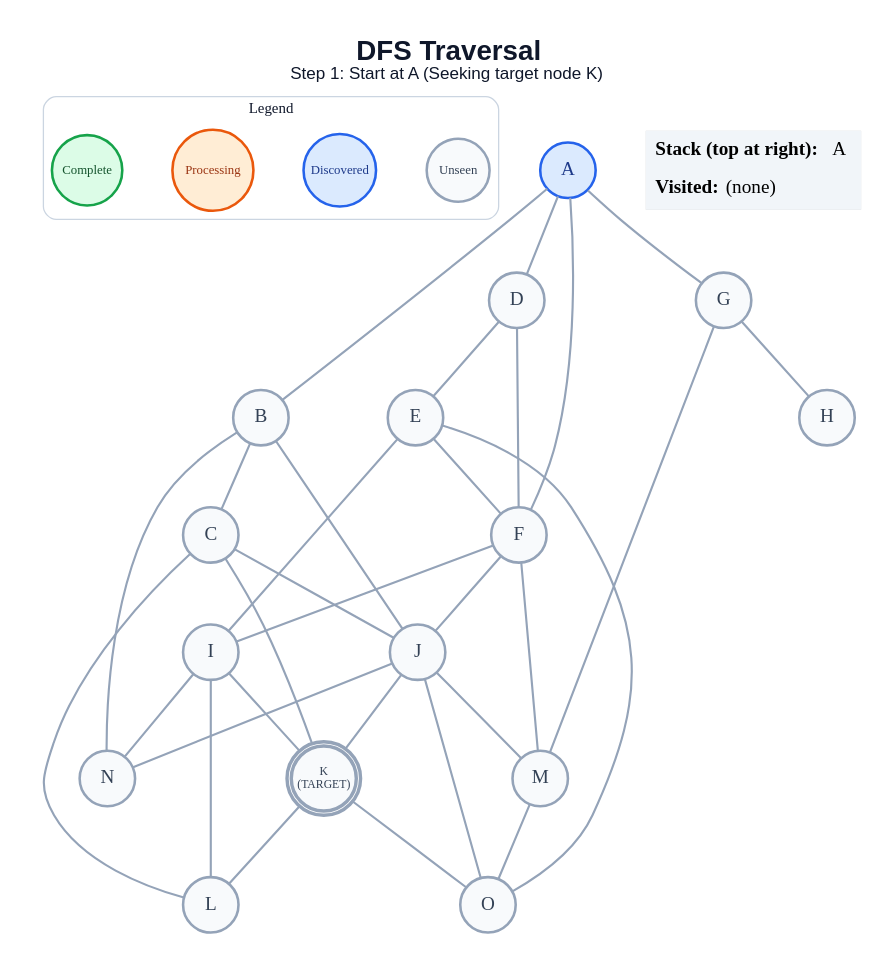
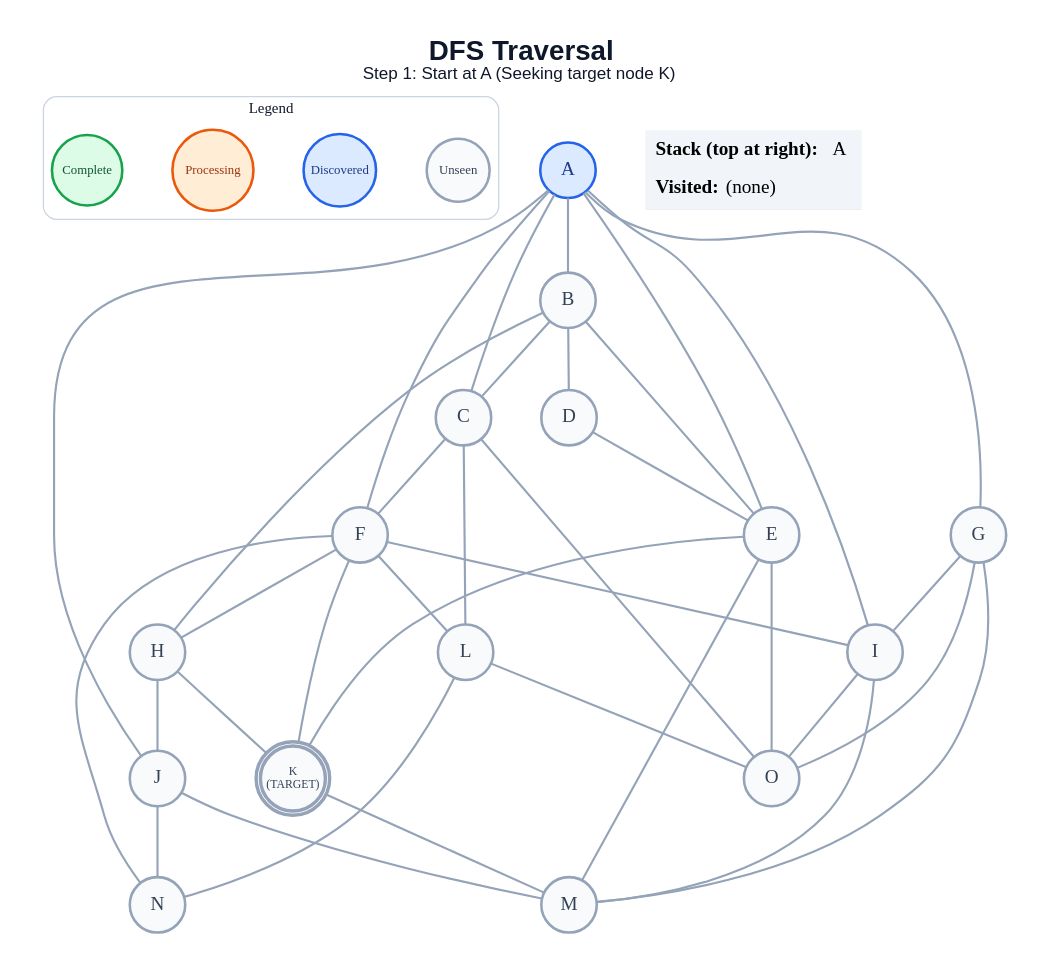
The diagram in generated/dfs/step_01.dot (anon7238593-create/ai-slop), drawn with Graphviz before and after one commit. The commit also changed 221 other files, not shown here.

```diff
--- a/generated/dfs/step_01.dot
+++ b/generated/dfs/step_01.dot
@@ -1,64 +1,69 @@
 graph traversal {
   graph [layout=dot, rankdir=TB, bgcolor="#FFFFFF", pad="0.35", nodesep="0.65", ranksep="0.8", fontname="Arial"];
   node [shape=circle, style="filled", fontname="Arial Bold", fontsize=18, width=0.72, fixedsize=true, penwidth=2.4];
   edge [color="#94A3B8", penwidth=2.0];
   label=<<B>DFS Traversal</B><BR/><FONT POINT-SIZE="16">Step 1: Start at A (Seeking target node K)</FONT>>; labelloc="t"; fontsize=26; fontname="Arial"; fontcolor="#0F172A";
   subgraph cluster_legend { label="Legend"; color="#CBD5E1"; penwidth=1.2; style="rounded"; fontsize=14; fontname="Arial Bold";
     key_unseen [label="Unseen", fillcolor="#F8FAFC", color="#94A3B8", fontcolor="#334155", fontsize=12, width=0.82];
     key_frontier [label="Discovered", fillcolor="#DBEAFE", color="#2563EB", fontcolor="#1E3A8A", fontsize=12, width=0.95];
     key_current [label="Processing", fillcolor="#FFEDD5", color="#EA580C", fontcolor="#9A3412", fontsize=12, width=1.05];
     key_done [label="Complete", fillcolor="#DCFCE7", color="#16A34A", fontcolor="#14532D", fontsize=12, width=0.92];
     { rank=same; key_unseen; key_frontier; key_current; key_done; }
   }
   A [label="A", fillcolor="#DBEAFE", color="#2563EB", fontcolor="#1E3A8A", peripheries=1, penwidth=2.4];
   B [label="B", fillcolor="#F8FAFC", color="#94A3B8", fontcolor="#334155", peripheries=1, penwidth=2.4];
   C [label="C", fillcolor="#F8FAFC", color="#94A3B8", fontcolor="#334155", peripheries=1, penwidth=2.4];
   D [label="D", fillcolor="#F8FAFC", color="#94A3B8", fontcolor="#334155", peripheries=1, penwidth=2.4];
   E [label="E", fillcolor="#F8FAFC", color="#94A3B8", fontcolor="#334155", peripheries=1, penwidth=2.4];
   F [label="F", fillcolor="#F8FAFC", color="#94A3B8", fontcolor="#334155", peripheries=1, penwidth=2.4];
   G [label="G", fillcolor="#F8FAFC", color="#94A3B8", fontcolor="#334155", peripheries=1, penwidth=2.4];
   H [label="H", fillcolor="#F8FAFC", color="#94A3B8", fontcolor="#334155", peripheries=1, penwidth=2.4];
   I [label="I", fillcolor="#F8FAFC", color="#94A3B8", fontcolor="#334155", peripheries=1, penwidth=2.4];
   J [label="J", fillcolor="#F8FAFC", color="#94A3B8", fontcolor="#334155", peripheries=1, penwidth=2.4];
   K [label="K\n(TARGET)", fillcolor="#F8FAFC", color="#94A3B8", fontcolor="#334155", peripheries=2, penwidth=3.2, fontsize=11, width=0.85, height=0.85];
   L [label="L", fillcolor="#F8FAFC", color="#94A3B8", fontcolor="#334155", peripheries=1, penwidth=2.4];
   M [label="M", fillcolor="#F8FAFC", color="#94A3B8", fontcolor="#334155", peripheries=1, penwidth=2.4];
   N [label="N", fillcolor="#F8FAFC", color="#94A3B8", fontcolor="#334155", peripheries=1, penwidth=2.4];
   O [label="O", fillcolor="#F8FAFC", color="#94A3B8", fontcolor="#334155", peripheries=1, penwidth=2.4];
   A -- B;
-  A -- D;
+  A -- C;
+  A -- E;
   A -- F;
   A -- G;
+  A -- I;
+  A -- J;
   B -- C;
-  B -- J;
-  B -- N;
-  C -- J;
-  C -- K;
+  B -- D;
+  B -- E;
+  B -- H;
+  C -- F;
   C -- L;
+  C -- O;
   D -- E;
-  D -- F;
-  E -- F;
-  E -- I;
+  E -- K;
+  E -- M;
   E -- O;
+  F -- H;
   F -- I;
-  F -- J;
-  F -- M;
-  G -- H;
+  F -- K;
+  F -- L;
+  F -- N;
+  G -- I;
   G -- M;
-  I -- K;
-  I -- L;
-  I -- N;
-  J -- K;
+  G -- O;
+  H -- J;
+  H -- K;
+  I -- M;
+  I -- O;
   J -- M;
   J -- N;
-  J -- O;
-  K -- L;
-  K -- O;
-  M -- O;
+  K -- M;
+  L -- N;
+  L -- O;
   status [shape=plain, fixedsize=false, width=0, height=0, margin=0, label=<
     <TABLE BORDER="0" CELLBORDER="0" CELLPADDING="7" BGCOLOR="#F1F5F9">
       <TR><TD ALIGN="LEFT"><B>Stack (top at right):</B> A</TD></TR>
       <TR><TD ALIGN="LEFT"><B>Visited:</B> (none)</TD></TR>
     </TABLE>
   >];
 }
```
